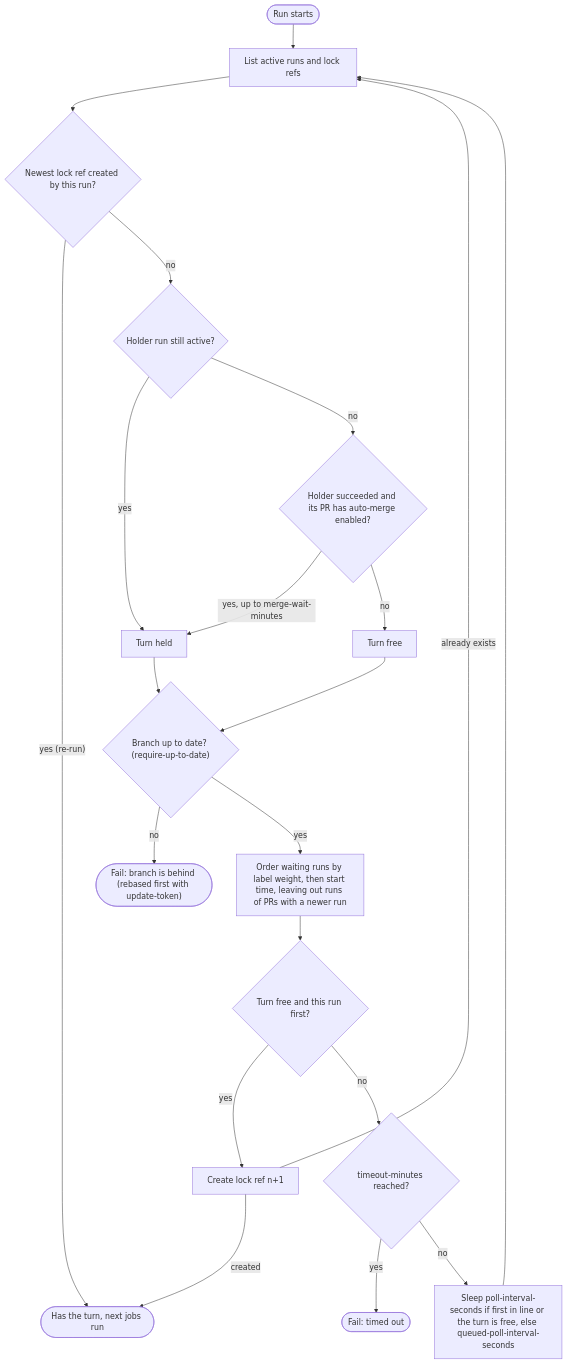
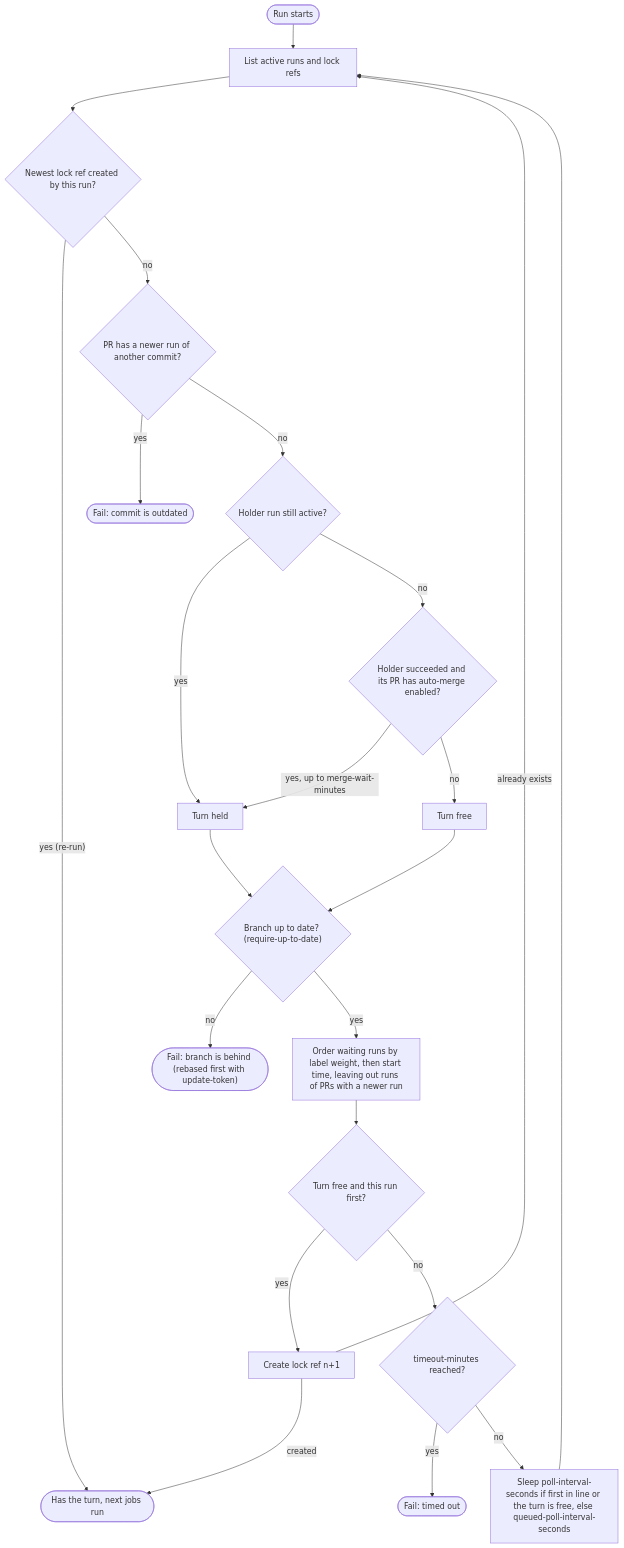
One commit to actions-marketplace-validations/udondan_wait-for-turn changed the diagram in README.md. Above: the diagram before and after it, drawn with Mermaid. The commit also changed other lines of this file and 3 other files, not shown here.

First line of the commit message:
fix: fail a waiting run when its pull request has a newer commit (#24)

````diff
--- a/README.md
+++ b/README.md
@@ -25,23 +25,25 @@
 ```mermaid
 flowchart TD
     start([Run starts]) --> poll[List active runs and lock refs]
     poll --> own{Newest lock ref created by this run?}
     own -- "yes (re-run)" --> done([Has the turn, next jobs run])
-    own -- no --> active{Holder run still active?}
+    own -- no --> newer{"PR has a newer run of another commit?"}
+    newer -- yes --> stale([Fail: commit is outdated])
+    newer -- no --> active{Holder run still active?}
     active -- yes --> held[Turn held]
     active -- no --> merge{"Holder succeeded and its PR has auto-merge enabled?"}
     merge -- "yes, up to merge-wait-minutes" --> held
     merge -- no --> free[Turn free]
     held --> uptodate{"Branch up to date? (require-up-to-date)"}
     free --> uptodate
     uptodate -- no --> outdated(["Fail: branch is behind (rebased first with update-token)"])
     uptodate -- yes --> queue["Order waiting runs by label weight, then start time, leaving out runs of PRs with a newer run"]
     queue --> first{Turn free and this run first?}
     first -- yes --> take[Create lock ref n+1]
     take -- created --> done
     take -- "already exists" --> poll
     first -- no --> timeout{timeout-minutes reached?}
     timeout -- yes --> timedout([Fail: timed out])
     timeout -- no --> sleep["Sleep poll-interval-seconds if first in line or the turn is free, else queued-poll-interval-seconds"]
     sleep --> poll
 ```
````
